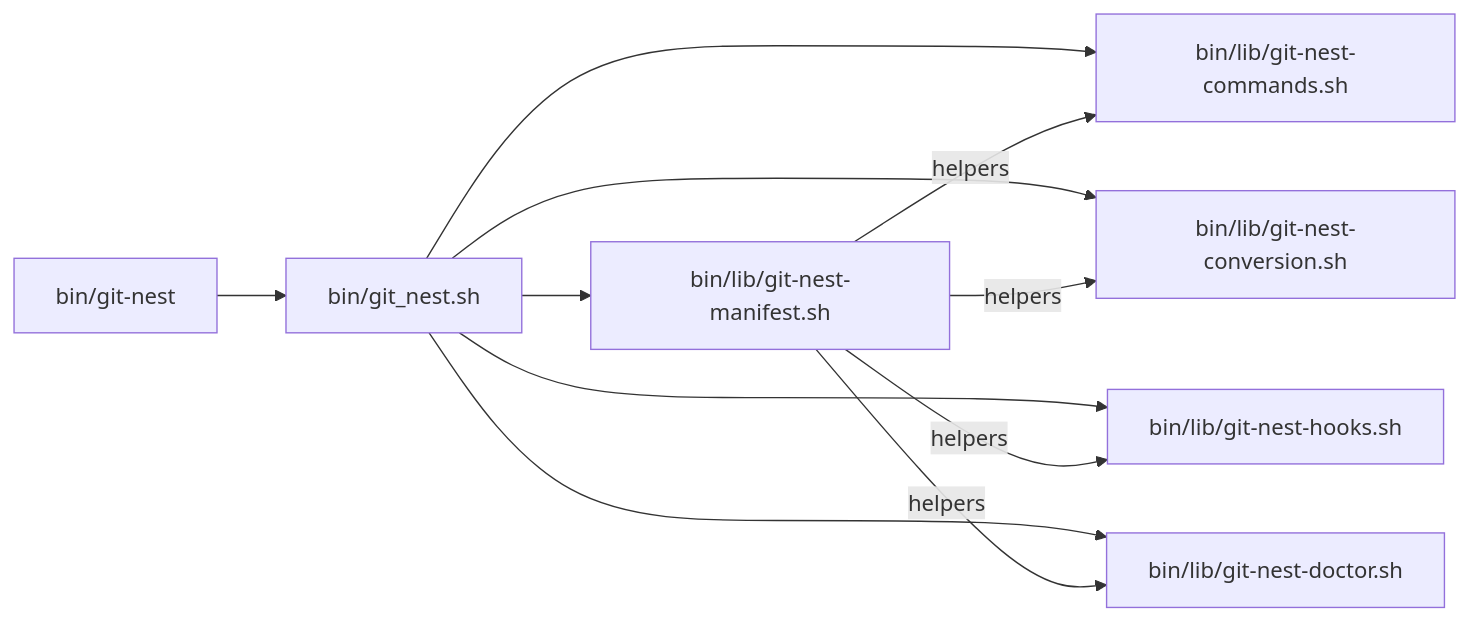
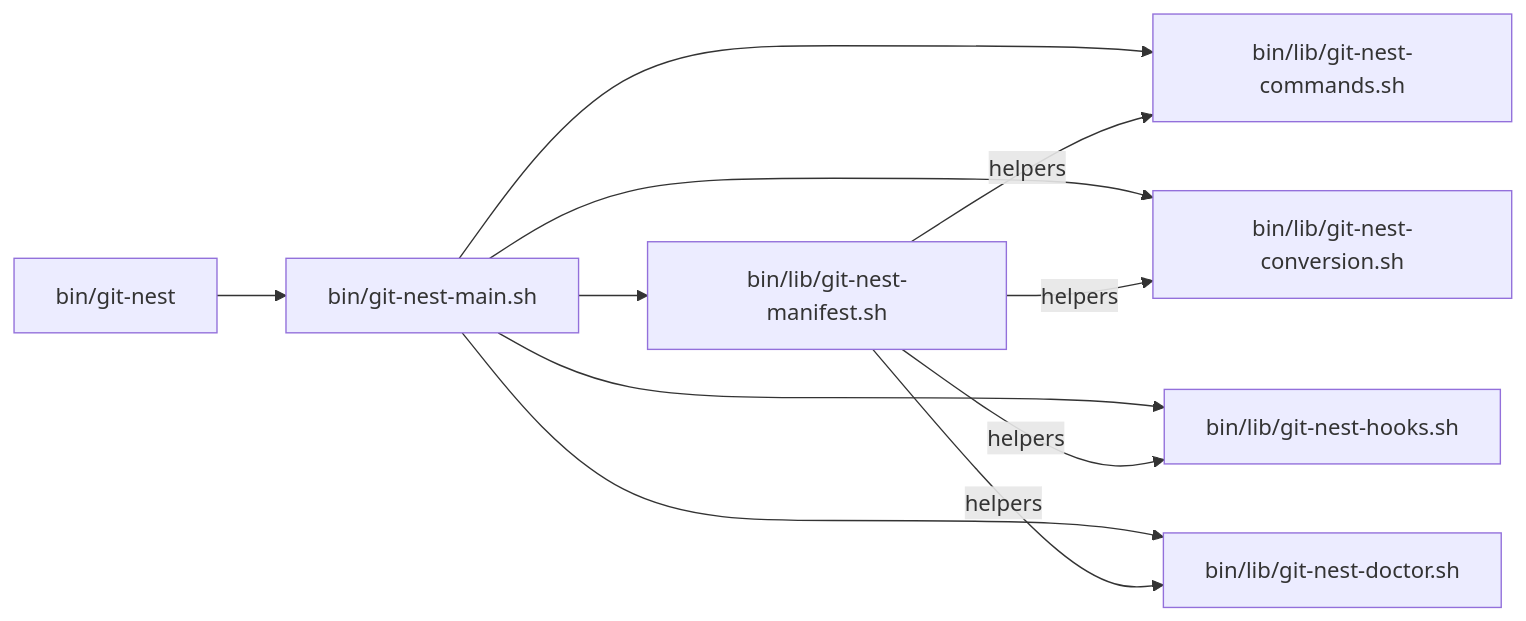
Before and after one commit to f-steff/git-nest: the diagram in development/technical_docs.md, drawn with Mermaid. The commit also changed other lines of this file and 38 other files, not shown here.

First line of the commit message:
Rename bin/git_nest.sh to bin/git-nest-main.sh

````diff
--- a/development/technical_docs.md
+++ b/development/technical_docs.md
@@ -6,13 +6,13 @@
 ```mermaid
 graph LR
-    entry["bin/git-nest"] --> sh["bin/git_nest.sh"]
+    entry["bin/git-nest"] --> sh["bin/git-nest-main.sh"]
     sh --> manifest["bin/lib/git-nest-manifest.sh"]
     sh --> commands["bin/lib/git-nest-commands.sh"]
     sh --> hooks["bin/lib/git-nest-hooks.sh"]
     sh --> conversion["bin/lib/git-nest-conversion.sh"]
     sh --> doctor["bin/lib/git-nest-doctor.sh"]
     manifest -->|helpers| commands
     manifest -->|helpers| conversion
     manifest -->|helpers| hooks
     manifest -->|helpers| doctor
 ```
````
